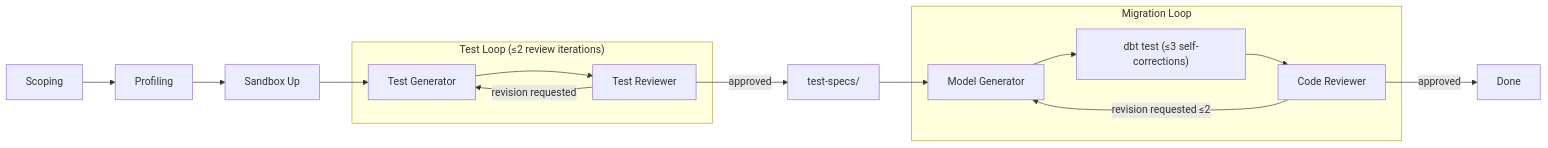
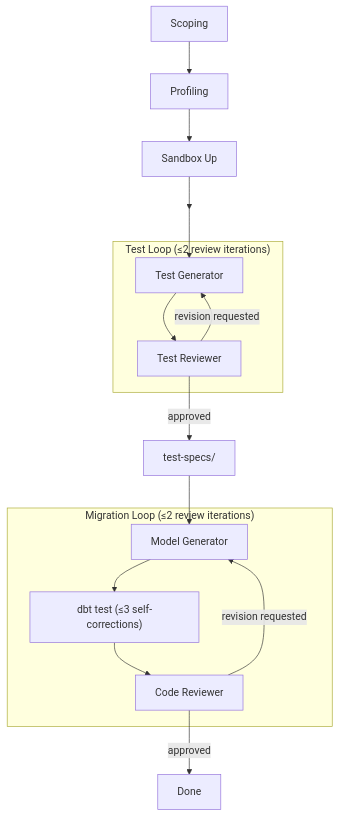
The diagram in docs/design/overall-design/README.md (accelerate-data/migration-utility), drawn with Mermaid before and after one commit. The commit also changed other lines of this file and 49 other files, not shown here.

First line of the commit message:
VU-802, VU-803, VU-812, VU-819: test generation stage + code review fixes (#106)

````diff
--- a/docs/design/overall-design/README.md
+++ b/docs/design/overall-design/README.md
@@ -49,24 +49,25 @@
 ```mermaid
-flowchart LR
+flowchart TD
     scope[Scoping] --> profile[Profiling]
     profile --> sandbox[Sandbox Up]
-
-    sandbox --> gen[Test Generator]
+    sandbox --> gen_entry[ ]:::hidden
 
     subgraph test_loop["Test Loop (≤2 review iterations)"]
-        gen --> reviewer[Test Reviewer]
+        gen[Test Generator] --> reviewer[Test Reviewer]
         reviewer -->|revision requested| gen
     end
 
+    gen_entry --> gen
     reviewer -->|approved| specs[test-specs/]
 
-    specs --> model[Model Generator]
-
-    subgraph migrate_loop["Migration Loop"]
-        model --> dbt["dbt test (≤3 self-corrections)"]
+    subgraph migrate_loop["Migration Loop (≤2 review iterations)"]
+        model[Model Generator] --> dbt["dbt test (≤3 self-corrections)"]
         dbt --> code_rev[Code Reviewer]
-        code_rev -->|revision requested ≤2| model
+        code_rev -->|revision requested| model
     end
 
+    specs --> model
     code_rev -->|approved| done[Done]
+
+    classDef hidden display:none;
 ```
````
